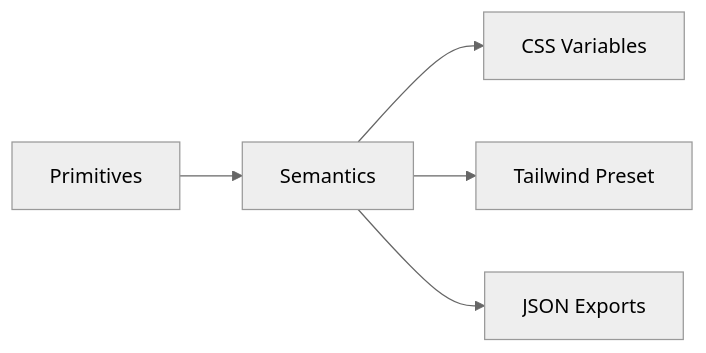
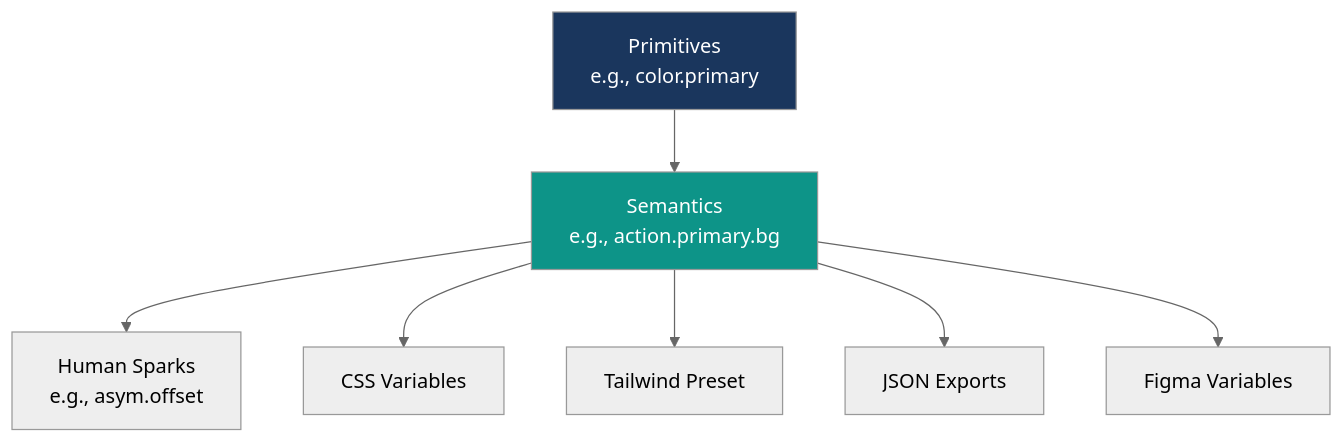
One commit to stevenknowswhy/WebsiteTemplateV2 changed the diagram in DESIGN-TOKENS.md. Above: the diagram before and after it, drawn with Mermaid (neutral theme). The commit also changed other lines of this file, not shown here.

````diff
--- a/DESIGN-TOKENS.md
+++ b/DESIGN-TOKENS.md
@@ -15,7 +16,11 @@
 ```mermaid
-flowchart LR
-  A[Primitives] --> B[Semantics]
-  B --> C[CSS Variables]
-  B --> D[Tailwind Preset]
-  B --> E[JSON Exports]
+flowchart TD
+    A[Primitives<br/>e.g., color.primary] --> B[Semantics<br/>e.g., action.primary.bg]
+    B --> C[Human Sparks<br/>e.g., asym.offset]
+    B --> D[CSS Variables]
+    B --> E[Tailwind Preset]
+    B --> F[JSON Exports]
+    B --> G[Figma Variables]
+    style A fill:#1A365D,color:#FFFFFF
+    style B fill:#0D9488,color:#FFFFFF
 ```
````
